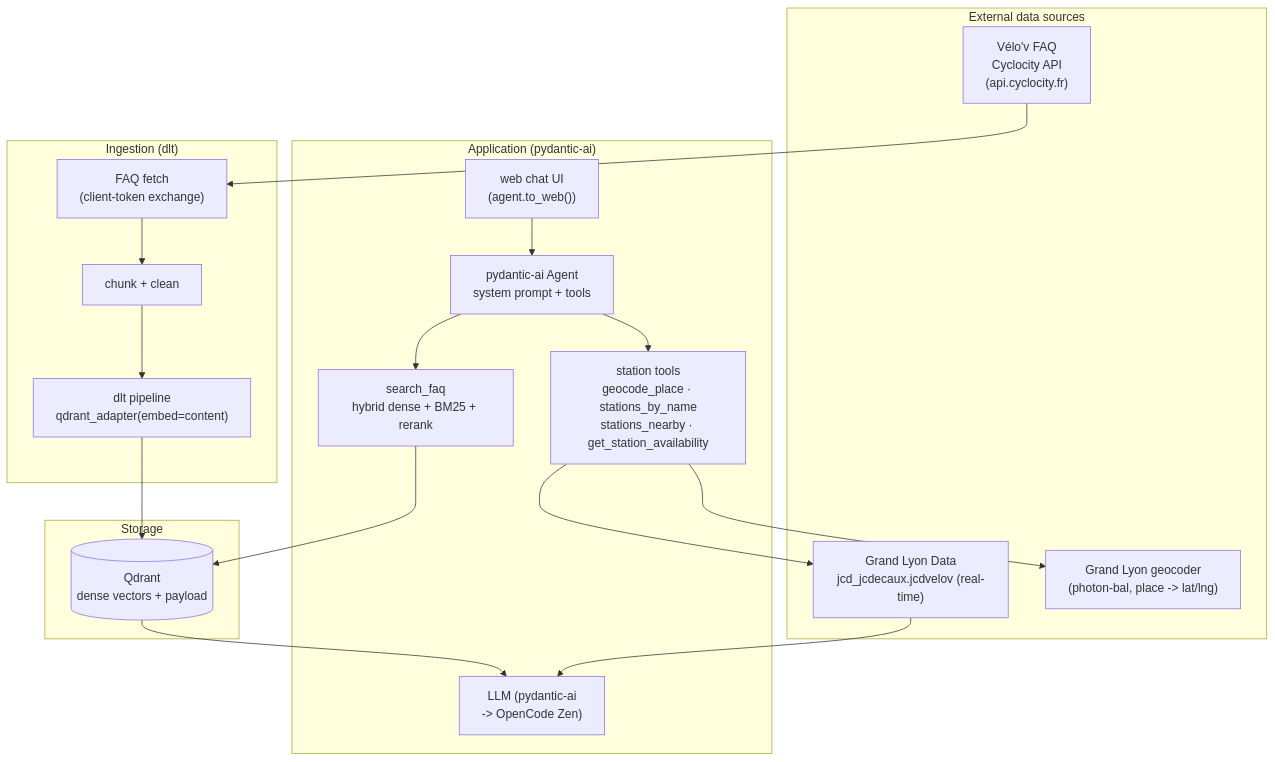
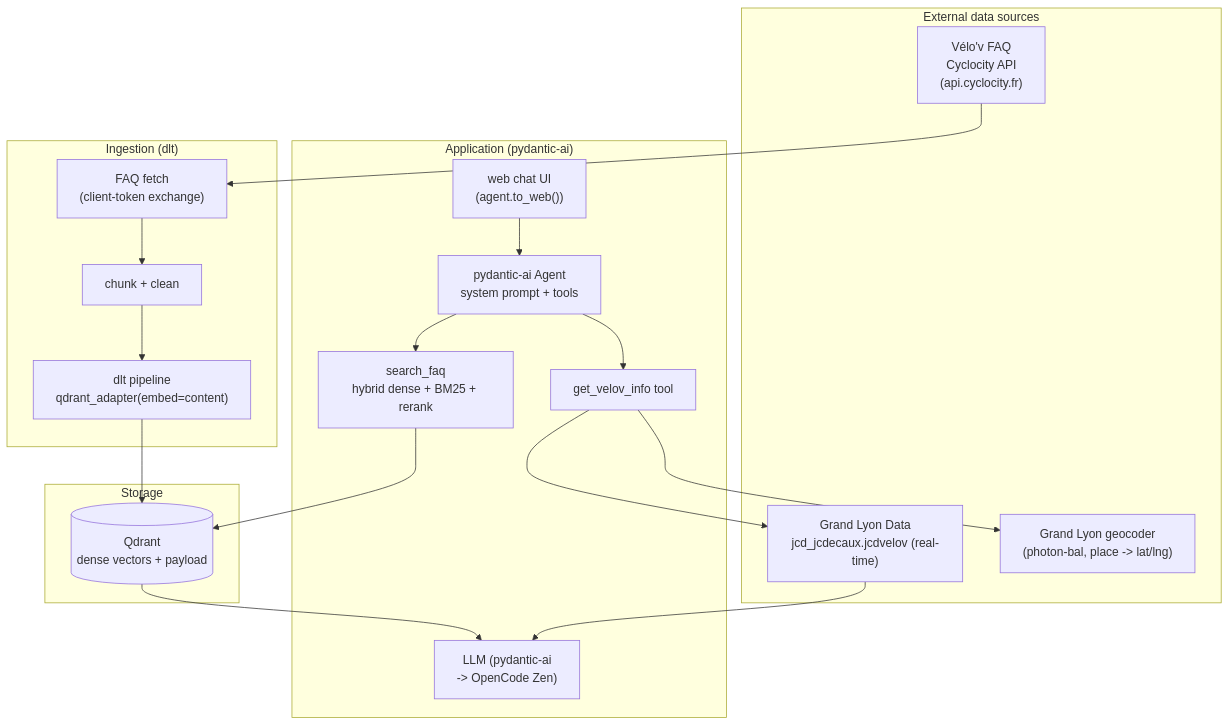
One commit to afrancois-dev/velov-assistant changed the diagram in architecture.md. Above: the diagram before and after it, drawn with Mermaid. The commit also changed other lines of this file and 3 other files, not shown here.

Commit message:
feat: use a single tool - get_velov_info

````diff
--- a/architecture.md
+++ b/architecture.md
@@ -12,35 +12,35 @@
 ```mermaid
 flowchart TB
     subgraph Sources["External data sources"]
         FAQ["Vélo'v FAQ<br/>Cyclocity API<br/>(api.cyclocity.fr)"]
         STATIONS["Grand Lyon Data<br/>jcd_jcdecaux.jcdvelov (real-time)"]
         GEO["Grand Lyon geocoder<br/>(photon-bal, place -> lat/lng)"]
     end
 
     subgraph Ingestion["Ingestion (dlt)"]
         FETCH["FAQ fetch<br/>(client-token exchange)"]
         CHUNK["chunk + clean"]
         DLT["dlt pipeline<br/>qdrant_adapter(embed=content)"]
     end
 
     subgraph Store["Storage"]
         QDRANT[("Qdrant<br/>dense vectors + payload")]
     end
 
     subgraph App["Application (pydantic-ai)"]
         UI["web chat UI<br/>(agent.to_web())"]
         AGENT["pydantic-ai Agent<br/>system prompt + tools"]
         FAQ_TOOL["search_faq<br/>hybrid dense + BM25 + rerank"]
-        STATIONS_TOOL["station tools<br/>geocode_place · stations_by_name<br/>stations_nearby · get_station_availability"]
+        STATIONS_TOOL["get_velov_info tool"]
         LLM["LLM (pydantic-ai<br/>-> OpenCode Zen)"]
     end
 
     FAQ --> FETCH --> CHUNK --> DLT --> QDRANT
 
     UI --> AGENT
     AGENT --> FAQ_TOOL --> QDRANT
     AGENT --> STATIONS_TOOL --> STATIONS
     STATIONS_TOOL --> GEO
     QDRANT --> LLM
     STATIONS --> LLM
 ```
````
